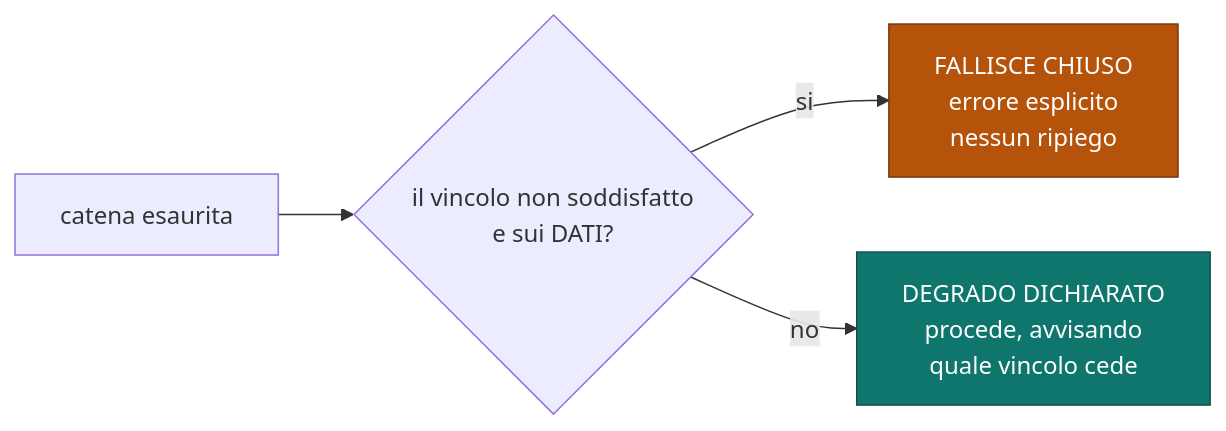
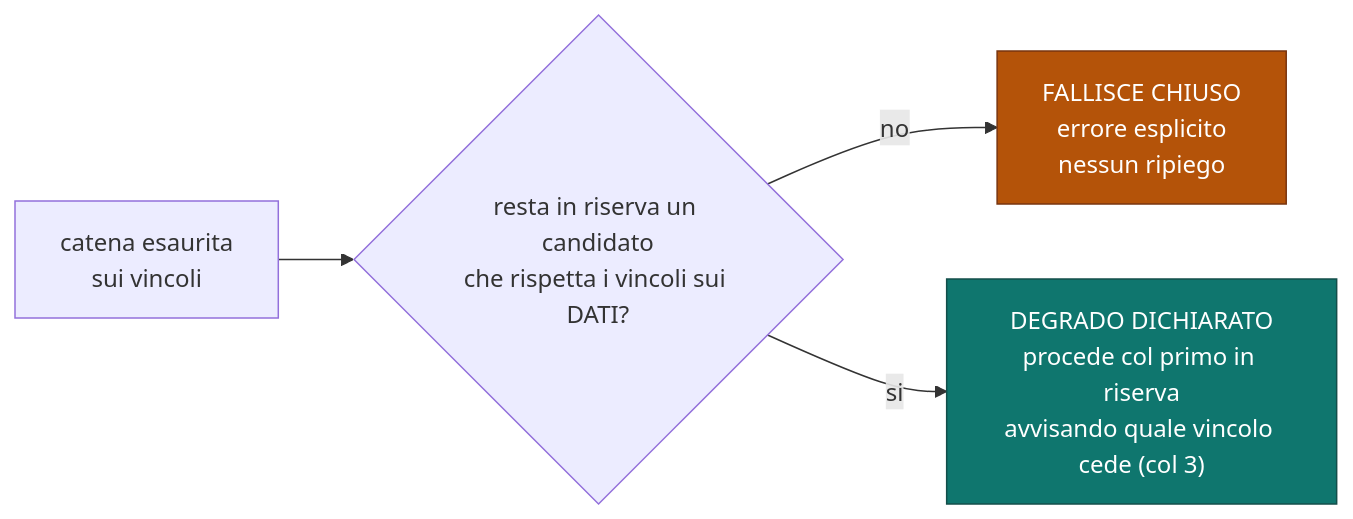
One commit to devfrx/daemon changed the second of 3 diagrams in docs/design/05-gateway-inferenza.md. Above: the diagram before and after it, drawn with Mermaid. The commit also changed other lines of this file and 2 other files, not shown here.

First line of the commit message:
audit(2026-09-30): i diagrammi 04-06 dicono il vero di oggi, col segno (col N) su ciò che è deciso e non costruito

````diff
--- a/docs/design/05-gateway-inferenza.md
+++ b/docs/design/05-gateway-inferenza.md
@@ -58,11 +76,11 @@
 ```mermaid
 flowchart LR
-    A["catena esaurita"] --> B{"il vincolo non soddisfatto<br/>e sui DATI?"}
-    B -->|si| C["FALLISCE CHIUSO<br/>errore esplicito<br/>nessun ripiego"]
-    B -->|no| D["DEGRADO DICHIARATO<br/>procede, avvisando<br/>quale vincolo cede"]
+    A["catena esaurita<br/>sui vincoli"] --> B{"resta in riserva un candidato<br/>che rispetta i vincoli sui DATI?"}
+    B -->|no| C["FALLISCE CHIUSO<br/>errore esplicito<br/>nessun ripiego"]
+    B -->|si| D["DEGRADO DICHIARATO<br/>procede col primo in riserva<br/>avvisando quale vincolo cede (col 3)"]
 
     classDef closed fill:#b45309,stroke:#78350f,color:#fff
     classDef open fill:#0f766e,stroke:#134e4a,color:#fff
     class C closed
     class D open
 ```
````
